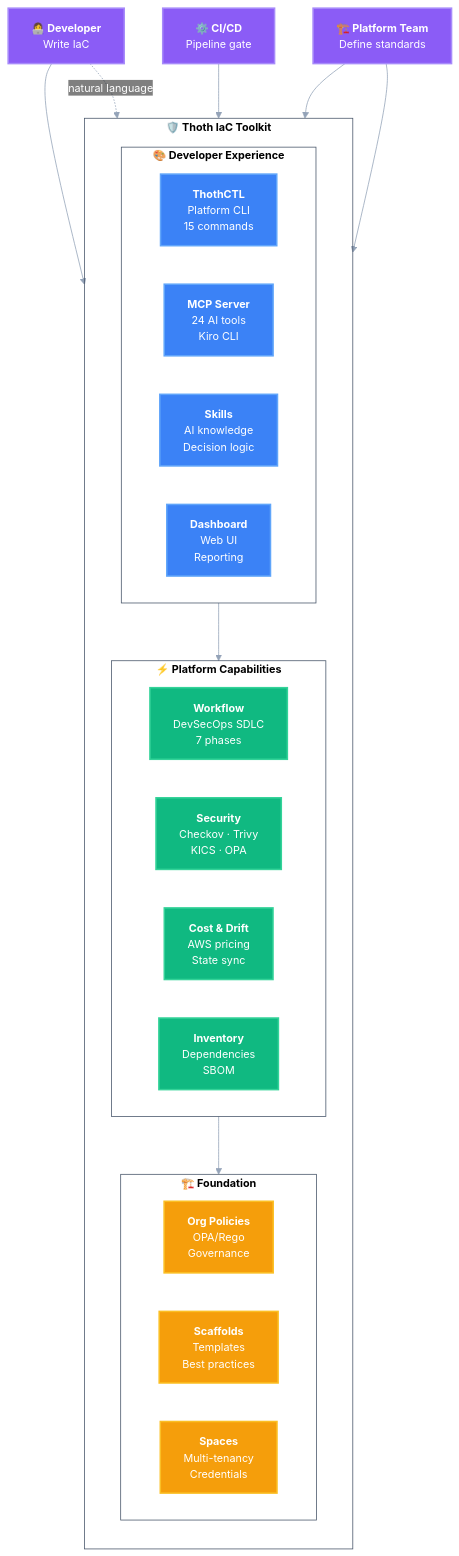
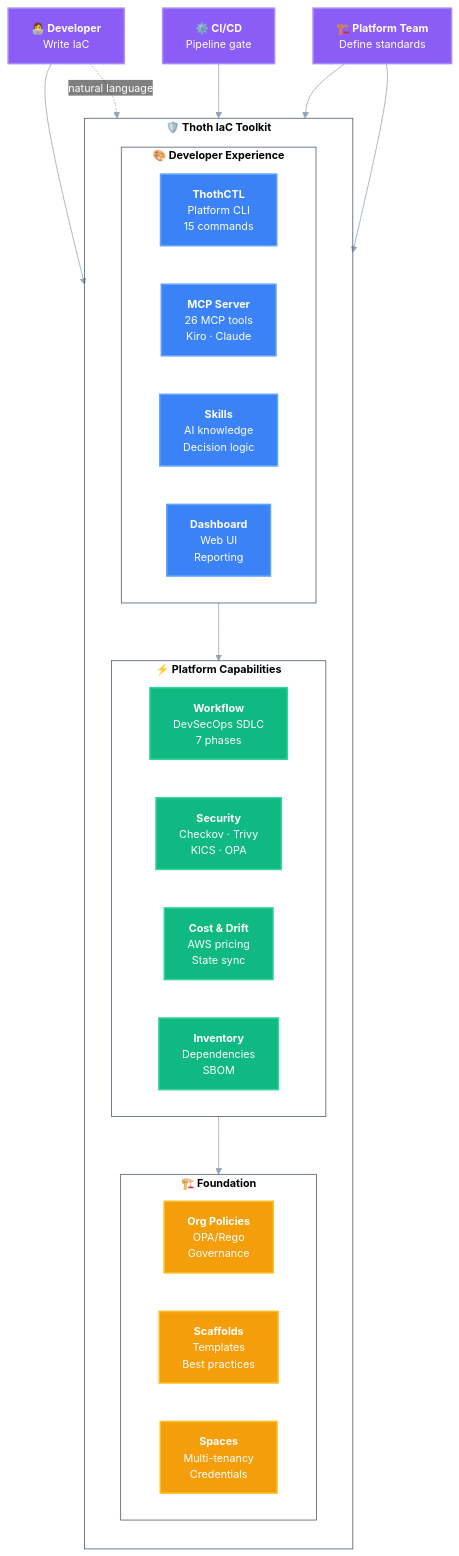
One commit to thothforge/thothctl changed the first of 2 diagrams in docs/toolkit_overview.md. Above: the diagram before and after it, drawn with Mermaid. The commit also changed other lines of this file and 7 other files, not shown here.

````diff
--- a/docs/toolkit_overview.md
+++ b/docs/toolkit_overview.md
@@ -9,65 +9,65 @@
 ```mermaid
 %%{init: {'theme':'base', 'themeVariables': {
   'primaryColor':'#3b82f6',
   'primaryTextColor':'#ffffff',
   'primaryBorderColor':'#2563eb',
   'lineColor':'#94a3b8',
   'secondaryColor':'#10b981',
   'tertiaryColor':'#8b5cf6',
   'background':'transparent',
   'mainBkg':'#3b82f6',
   'secondBkg':'#10b981',
   'tertiaryBkg':'#8b5cf6',
   'clusterBkg':'rgba(241, 245, 249, 0.05)',
   'clusterBorder':'#475569',
   'titleColor':'currentColor',
   'edgeLabelBackground':'transparent',
   'nodeTextColor':'#ffffff',
   'textColor':'currentColor',
   'nodeBorder':'#1e293b',
   'fontSize':'14px'
 }}}%%
 graph TB
     subgraph toolkit["<b>🛡️ Thoth IaC Toolkit</b>"]
         direction TB
         subgraph experience["<b>🎨 Developer Experience</b>"]
             direction LR
             CLI["<b>ThothCTL</b><br/>Platform CLI<br/>15 commands"]
-            MCP["<b>MCP Server</b><br/>24 AI tools<br/>Kiro CLI"]
+            MCP["<b>MCP Server</b><br/>26 MCP tools<br/>Kiro · Claude"]
             SKILL["<b>Skills</b><br/>AI knowledge<br/>Decision logic"]
             DASH["<b>Dashboard</b><br/>Web UI<br/>Reporting"]
         end
         subgraph platform["<b>⚡ Platform Capabilities</b>"]
             direction LR
             WF["<b>Workflow</b><br/>DevSecOps SDLC<br/>7 phases"]
             SEC["<b>Security</b><br/>Checkov · Trivy<br/>KICS · OPA"]
             COST["<b>Cost & Drift</b><br/>AWS pricing<br/>State sync"]
             INV["<b>Inventory</b><br/>Dependencies<br/>SBOM"]
         end
         subgraph foundation["<b>🏗️ Foundation</b>"]
             direction LR
             POL["<b>Org Policies</b><br/>OPA/Rego<br/>Governance"]
             SCAFFOLD["<b>Scaffolds</b><br/>Templates<br/>Best practices"]
             SPACE["<b>Spaces</b><br/>Multi-tenancy<br/>Credentials"]
         end
     end
 
     DEV["<b>👩‍💻 Developer</b><br/>Write IaC"] --> CLI
     DEV -.->|"natural language"| MCP
     CICD["<b>⚙️ CI/CD</b><br/>Pipeline gate"] --> WF
     PLAT["<b>🏗️ Platform Team</b><br/>Define standards"] --> POL
     PLAT --> SCAFFOLD
 
     experience --> platform
     platform --> foundation
 
     classDef expStyle fill:#3b82f6,stroke:#60a5fa,stroke-width:2px,color:#fff
     classDef platStyle fill:#10b981,stroke:#34d399,stroke-width:2px,color:#fff
     classDef foundStyle fill:#f59e0b,stroke:#fbbf24,stroke-width:2px,color:#fff
     classDef userStyle fill:#8b5cf6,stroke:#a78bfa,stroke-width:2px,color:#fff
 
     class CLI,MCP,SKILL,DASH expStyle
     class WF,SEC,COST,INV platStyle
     class POL,SCAFFOLD,SPACE foundStyle
     class DEV,CICD,PLAT userStyle
 ```
````
